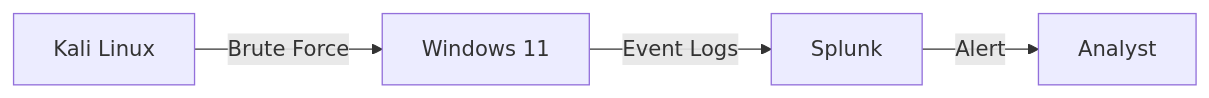
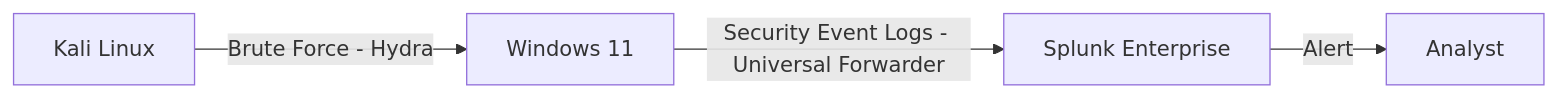
Before and after one commit to denis541/ICT-Infrastructure-Monitoring-Splunk: the diagram in README.md, drawn with Mermaid. The commit also changed other lines of this file, not shown here.

````diff
--- a/README.md
+++ b/README.md
@@ -46,6 +20,6 @@
 ```mermaid
 graph LR
-    A[Kali Linux] -->|Brute Force| B[Windows 11]
-    B -->|Event Logs| C[Splunk]
+    A[Kali Linux] -->|Brute Force - Hydra| B[Windows 11]
+    B -->|Security Event Logs - Universal Forwarder| C[Splunk Enterprise]
     C -->|Alert| D[Analyst]
 ```
````
